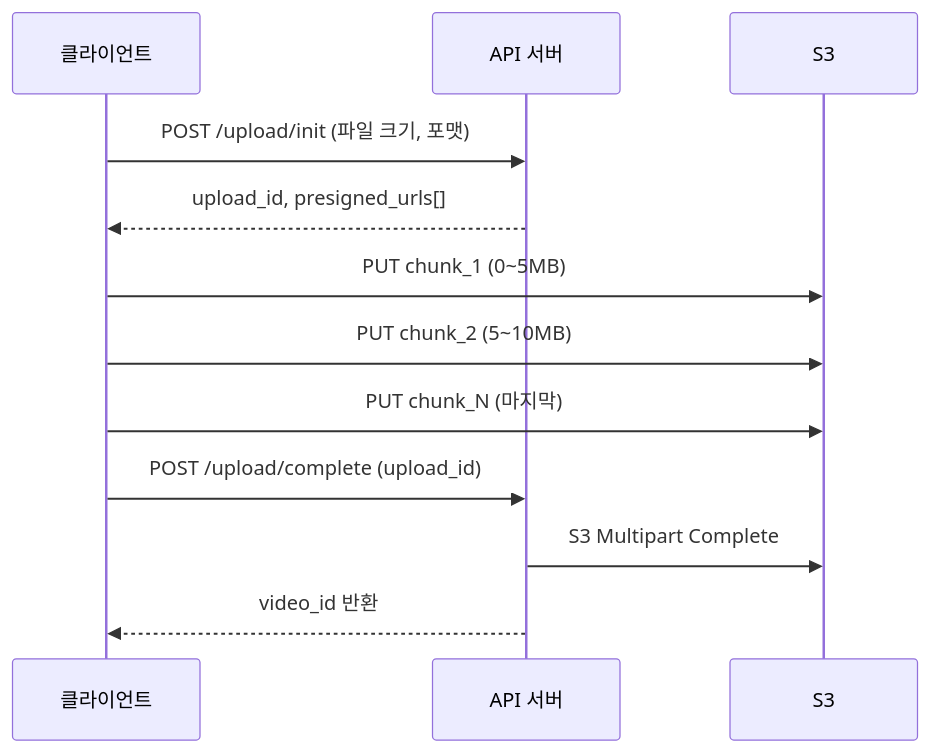
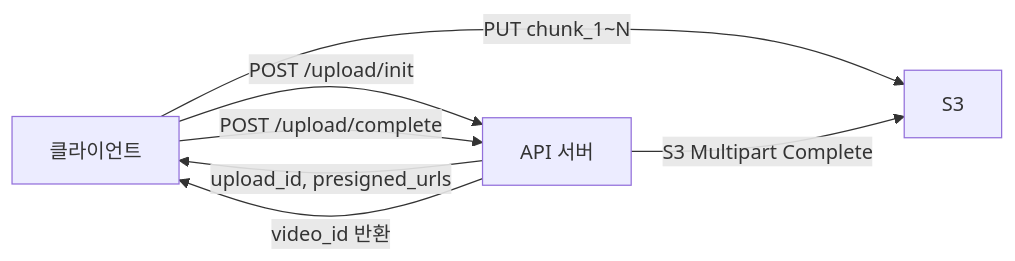
The second of 12 diagrams in _posts/systemdesign/2026-05-03-system-design-video-streaming.md (yjkim2015/yjkim2015.github.io), drawn with Mermaid before and after one commit. The commit also changed other lines of this file and 32 other files, not shown here.

First line of the commit message:
sequenceDiagram 82개 → graph LR 변환 완료

````diff
--- a/_posts/systemdesign/2026-05-03-system-design-video-streaming.md
+++ b/_posts/systemdesign/2026-05-03-system-design-video-streaming.md
@@ -176,14 +176,9 @@
 ```mermaid
-sequenceDiagram
-    participant C as 클라이언트
-    participant A as API 서버
-    participant S as S3
-    C->>A: POST /upload/init (파일 크기, 포맷)
-    A-->>C: upload_id, presigned_urls[]
-    C->>S: PUT chunk_1 (0~5MB)
-    C->>S: PUT chunk_2 (5~10MB)
-    C->>S: PUT chunk_N (마지막)
-    C->>A: POST /upload/complete (upload_id)
-    A->>S: S3 Multipart Complete
-    A-->>C: video_id 반환
+graph LR
+    C["클라이언트"] -->|"POST /upload/init"| A["API 서버"]
+    A -->|"upload_id, presigned_urls"| C
+    C -->|"PUT chunk_1~N"| S["S3"]
+    C -->|"POST /upload/complete"| A
+    A -->|"S3 Multipart Complete"| S
+    A -->|"video_id 반환"| C
 ```
````
